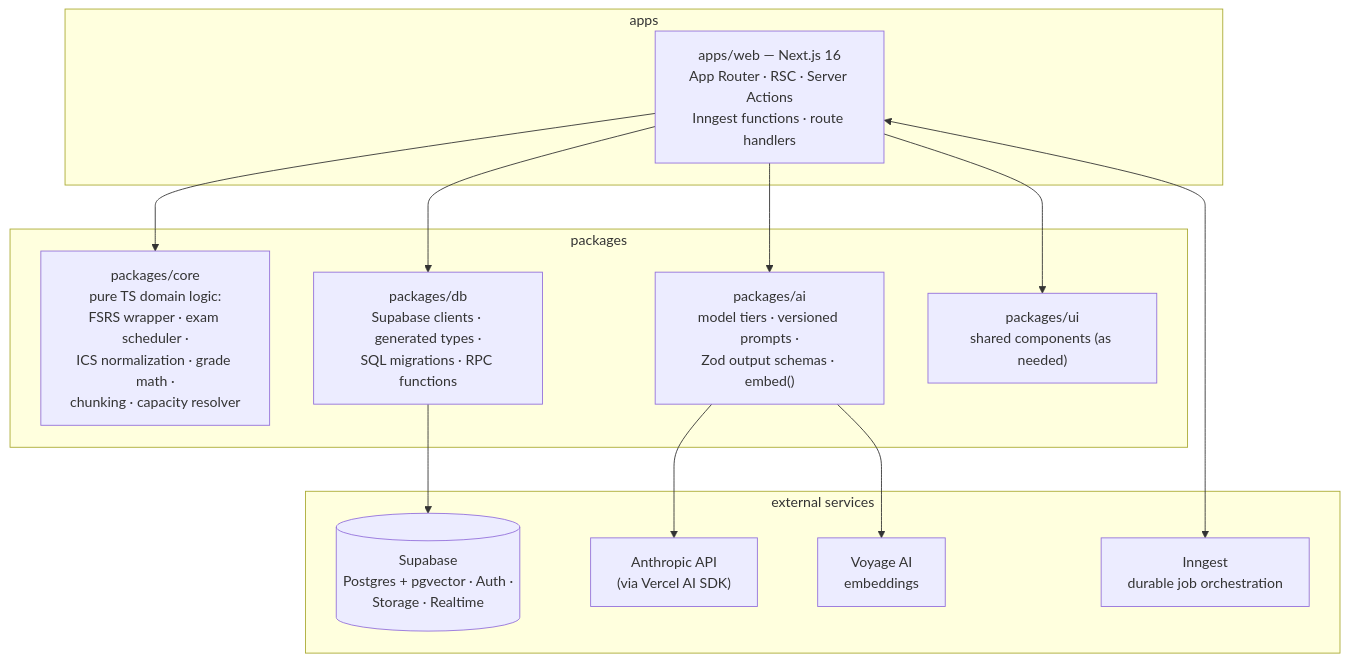
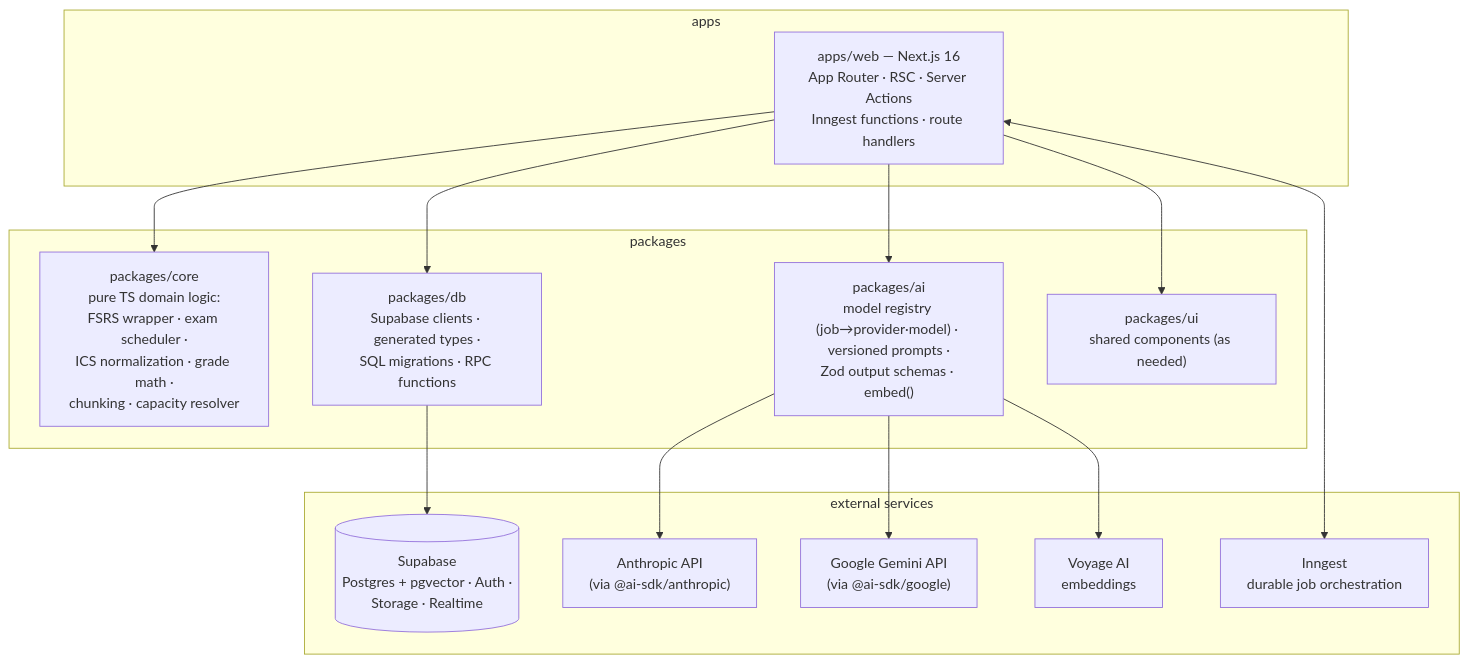
The first of 4 diagrams in PLAN.md (alexanderkrink/personal.dashboard), drawn with Mermaid before and after one commit. The commit also changed other lines of this file, not shown here.

First line of the commit message:
docs(plan): specify design system, ICS feed findings, two-provider AI strategy

````diff
--- a/PLAN.md
+++ b/PLAN.md
@@ -95,26 +584,28 @@
 ```mermaid
 graph TD
     subgraph "apps"
         web["apps/web — Next.js 16<br/>App Router · RSC · Server Actions<br/>Inngest functions · route handlers"]
     end
     subgraph "packages"
         core["packages/core<br/>pure TS domain logic:<br/>FSRS wrapper · exam scheduler ·<br/>ICS normalization · grade math ·<br/>chunking · capacity resolver"]
         db["packages/db<br/>Supabase clients · generated types ·<br/>SQL migrations · RPC functions"]
-        ai["packages/ai<br/>model tiers · versioned prompts ·<br/>Zod output schemas · embed()"]
+        ai["packages/ai<br/>model registry (job→provider·model) · versioned prompts ·<br/>Zod output schemas · embed()"]
         ui["packages/ui<br/>shared components (as needed)"]
     end
     subgraph "external services"
         supabase[("Supabase<br/>Postgres + pgvector · Auth ·<br/>Storage · Realtime")]
-        anthropic["Anthropic API<br/>(via Vercel AI SDK)"]
+        anthropic["Anthropic API<br/>(via @ai-sdk/anthropic)"]
+        google["Google Gemini API<br/>(via @ai-sdk/google)"]
         voyage["Voyage AI<br/>embeddings"]
         inngest["Inngest<br/>durable job orchestration"]
     end
     web --> core
     web --> db
     web --> ai
     web --> ui
     db --> supabase
     ai --> anthropic
+    ai --> google
     ai --> voyage
     web <--> inngest
 ```
````
